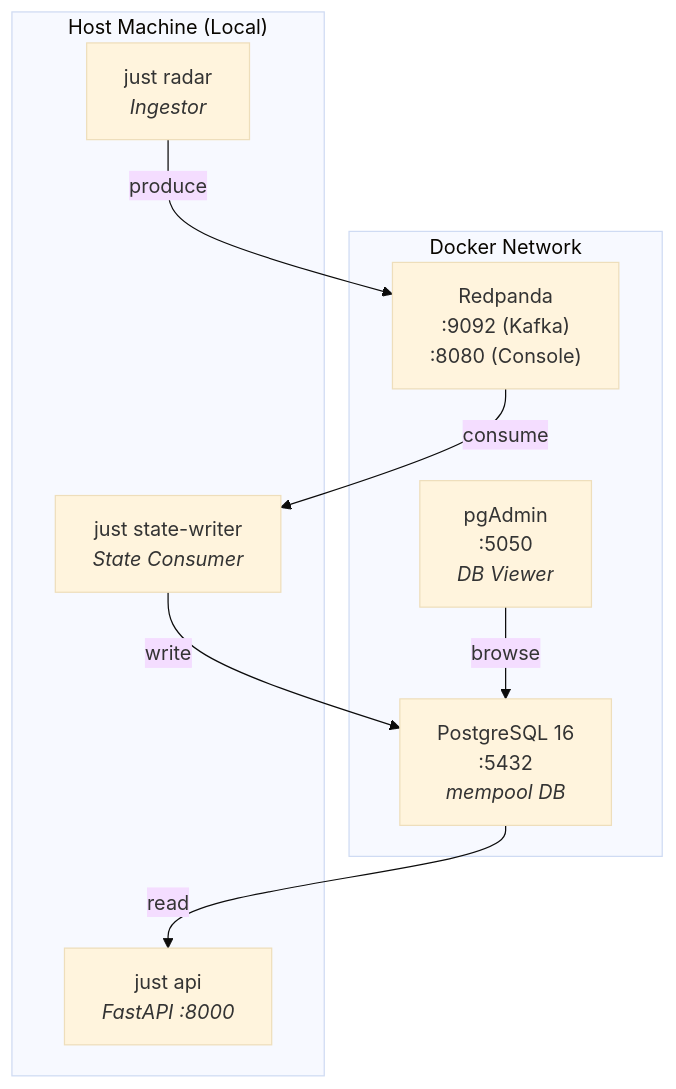
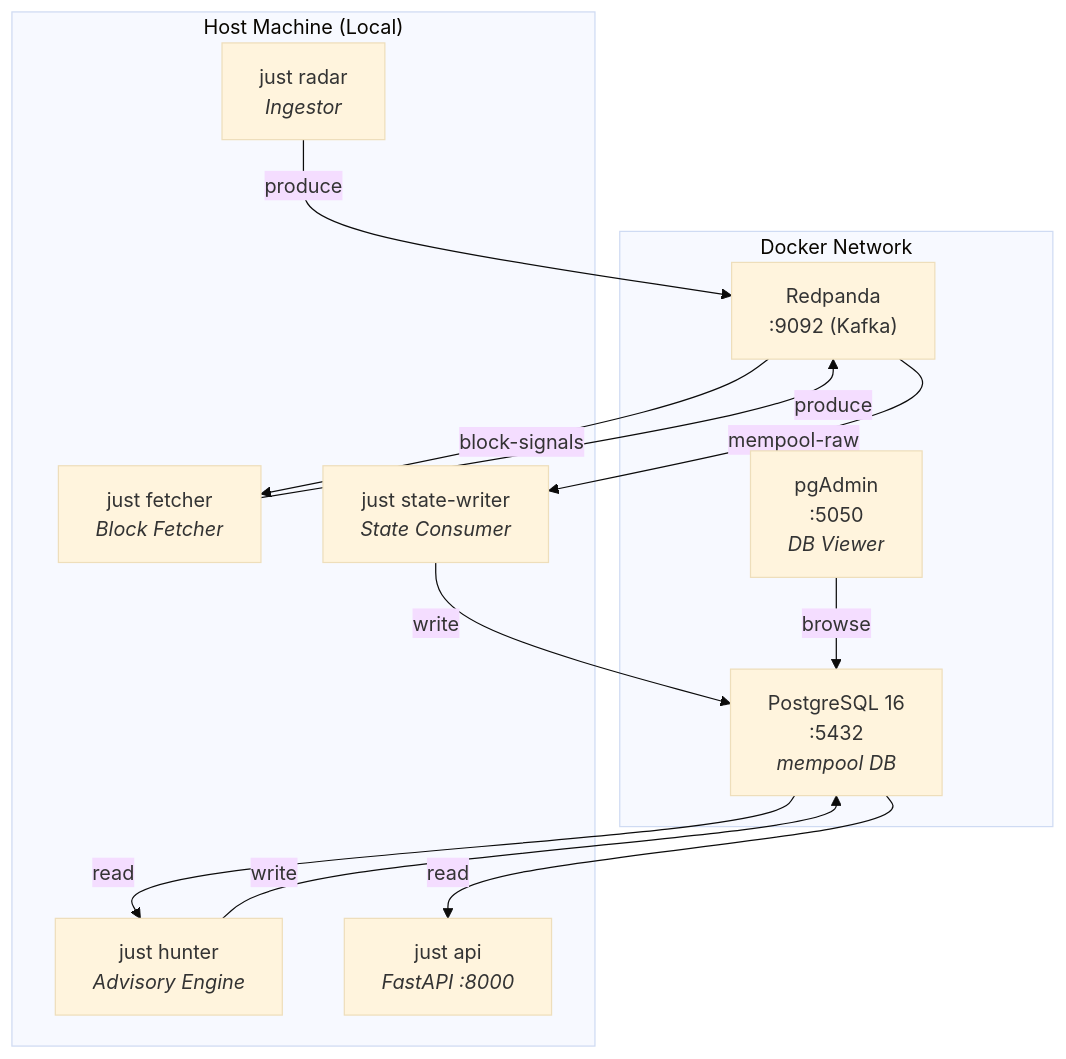
One commit to ieshatchuell/mempool-orchestrator changed the ninth of 9 diagrams in docs/architecture.md. Above: the diagram before and after it, drawn with Mermaid (base theme). The commit also changed other lines of this file and 20 other files, not shown here.

````diff
--- a/docs/architecture.md
+++ b/docs/architecture.md
@@ -288,20 +311,26 @@
 ```mermaid
 graph TB
     subgraph "Docker Network"
-        RP["Redpanda<br/>:9092 (Kafka)<br/>:8080 (Console)"]
+        RP["Redpanda<br/>:9092 (Kafka)"]
         PG["PostgreSQL 16<br/>:5432<br/><i>mempool DB</i>"]
         PGA["pgAdmin<br/>:5050<br/><i>DB Viewer</i>"]
     end
 
     subgraph "Host Machine (Local)"
         ING["just radar<br/><i>Ingestor</i>"]
+        BF["just fetcher<br/><i>Block Fetcher</i>"]
         SC["just state-writer<br/><i>State Consumer</i>"]
+        HUN["just hunter<br/><i>Advisory Engine</i>"]
         API["just api<br/><i>FastAPI :8000</i>"]
     end
 
-    ING -->|produce| RP
-    RP -->|consume| SC
-    SC -->|write| PG
-    PG -->|read| API
+    ING -->|"produce"| RP
+    RP -->|"block-signals"| BF
+    BF -->|"produce"| RP
+    RP -->|"mempool-raw"| SC
+    SC -->|"write"| PG
+    PG -->|"read"| API
+    PG -->|"read"| HUN
+    HUN -->|"write"| PG
     PGA -->|"browse"| PG
 ```
````
